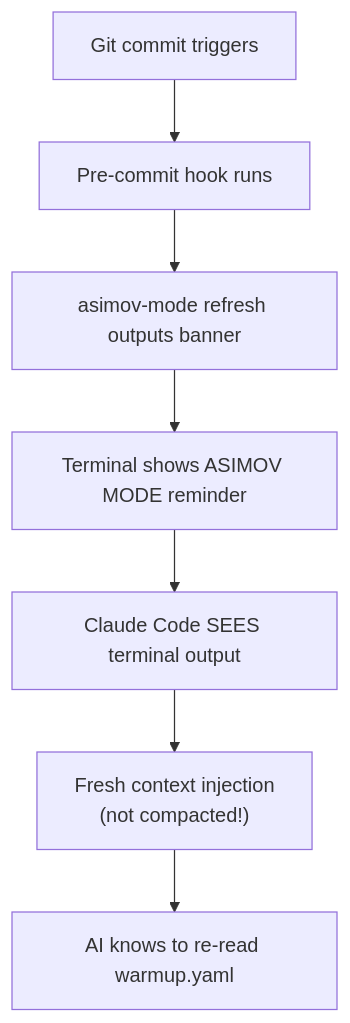
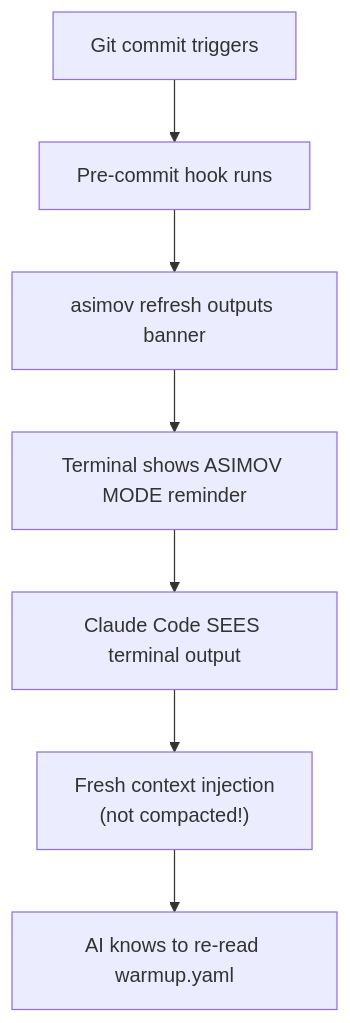
The second of 2 diagrams in docs/VENDOR_IMPLEMENTATION.md (royalbit/asimov-protocol), drawn with Mermaid before and after one commit. The commit also changed other lines of this file and 61 other files, not shown here.

````diff
--- a/docs/VENDOR_IMPLEMENTATION.md
+++ b/docs/VENDOR_IMPLEMENTATION.md
@@ -65,9 +65,9 @@
 ```mermaid
 flowchart TB
     A["Git commit triggers"] --> B["Pre-commit hook runs"]
-    B --> C["asimov-mode refresh outputs banner"]
+    B --> C["asimov refresh outputs banner"]
     C --> D["Terminal shows ASIMOV MODE reminder"]
     D --> E["Claude Code SEES terminal output"]
     E --> F["Fresh context injection<br/>(not compacted!)"]
     F --> G["AI knows to re-read warmup.yaml"]
 ```
````
